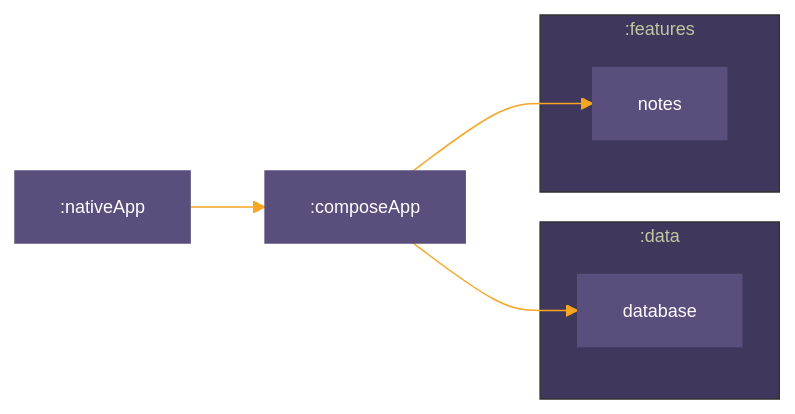
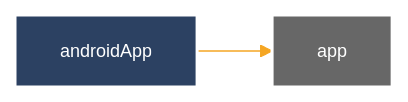
The diagram in README.md (alexandrucaraus/kmp-sample-arch), drawn with Mermaid before and after one commit. The commit also changed other lines of this file and 5 other files, not shown here.

````diff
--- a/README.md
+++ b/README.md
@@ -7,19 +7,20 @@
 ```mermaid
 %%{
   init: {
     'theme': 'base',
     'themeVariables': {"primaryTextColor":"#fff","primaryColor":"#5a4f7c","primaryBorderColor":"#5a4f7c","lineColor":"#f5a623","tertiaryColor":"#40375c","fontSize":"12px"}
   }
 }%%
 
 graph LR
-  subgraph :data
-    :data:database["database"]
-  end
-  subgraph :features
-    :features:notes["notes"]
-  end
-  :nativeApp --> :composeApp
-  :composeApp --> :features:notes
-  :composeApp --> :data:database
+  :androidApp["androidApp"]
+  :app["app"]
+
+  :androidApp --> :app
+
+classDef android-application fill:#2C4162,stroke:#fff,stroke-width:2px,color:#fff;
+classDef unknown fill:#676767,stroke:#fff,stroke-width:2px,color:#fff;
+class :androidApp android-application
+class :app unknown
+
 ```
````
